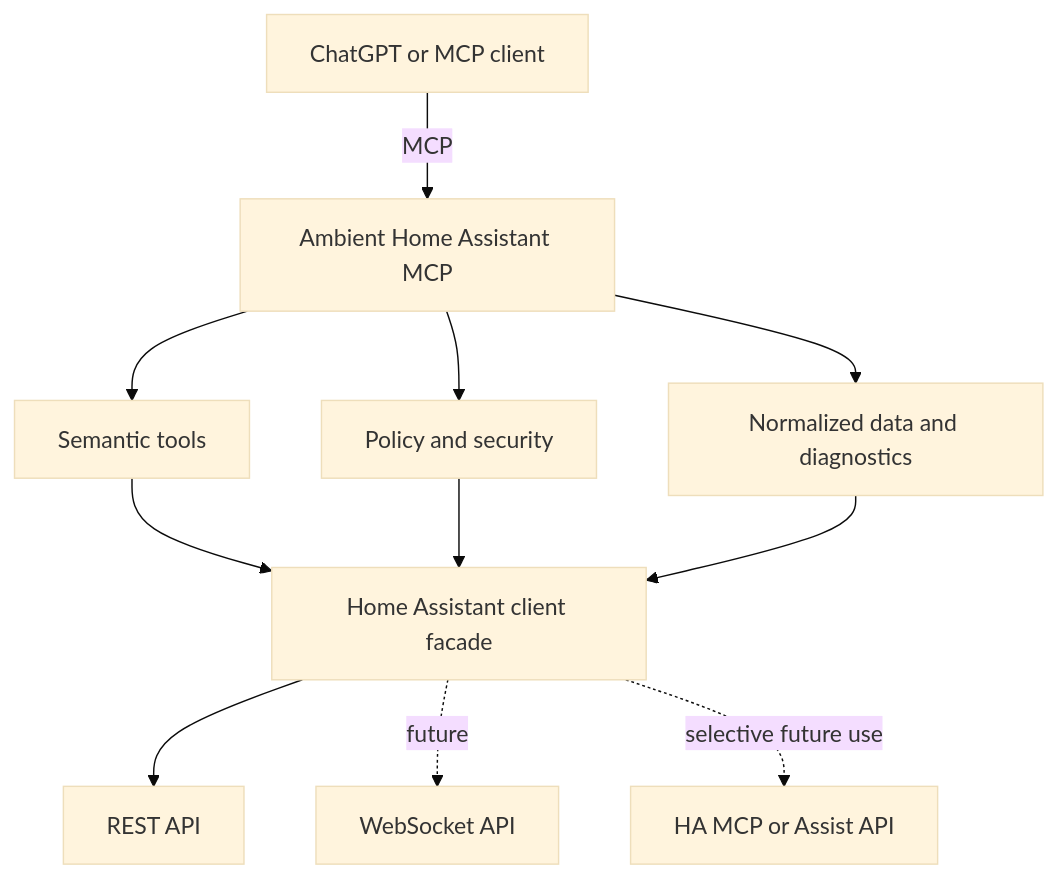
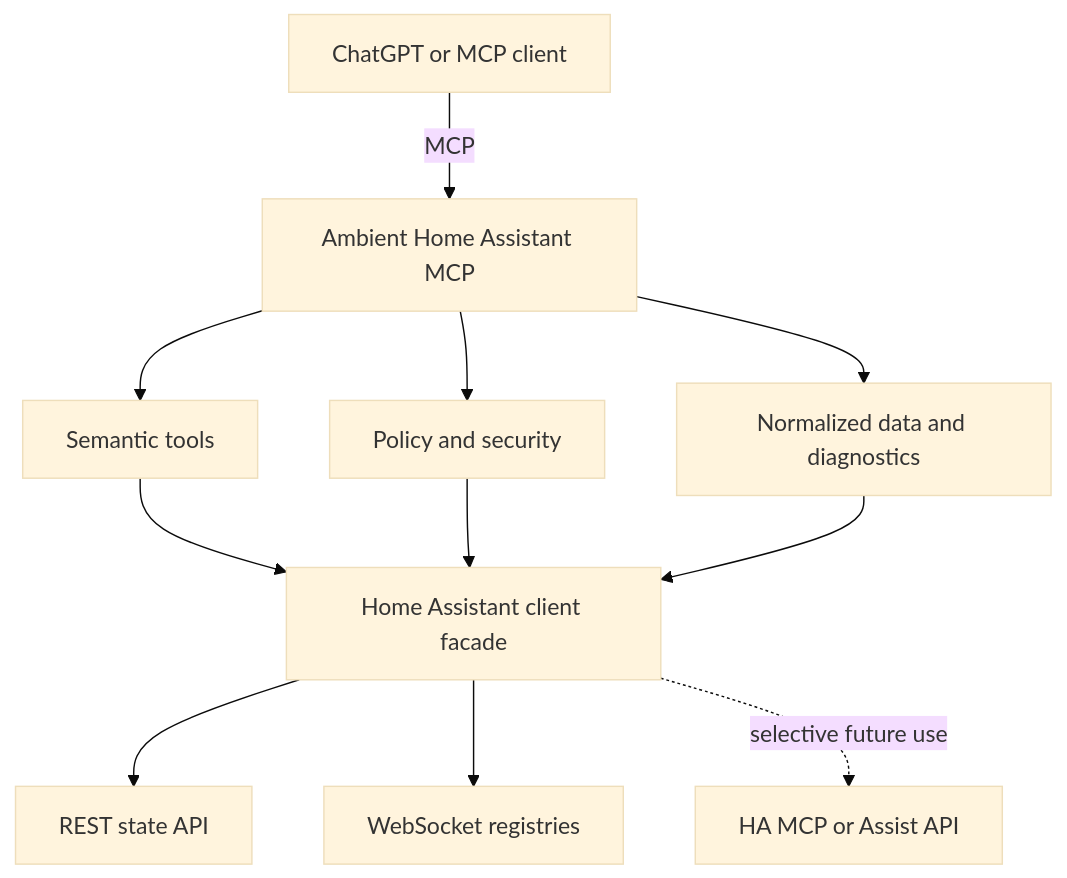
One commit to ambient-home-systems/ambient-ha-mcp changed the diagram in README.md. Above: the diagram before and after it, drawn with Mermaid (base theme). The commit also changed other lines of this file and 36 other files, not shown here.

````diff
--- a/README.md
+++ b/README.md
@@ -26,13 +26,13 @@
 ```mermaid
 flowchart TD
     C[ChatGPT or MCP client] -->|MCP| A[Ambient Home Assistant MCP]
     A --> T[Semantic tools]
     A --> P[Policy and security]
     A --> N[Normalized data and diagnostics]
     T --> H[Home Assistant client facade]
     P --> H
     N --> H
-    H --> R[REST API]
-    H -. future .-> W[WebSocket API]
+    H --> R[REST state API]
+    H --> W[WebSocket registries]
     H -. selective future use .-> M[HA MCP or Assist API]
 ```
````
